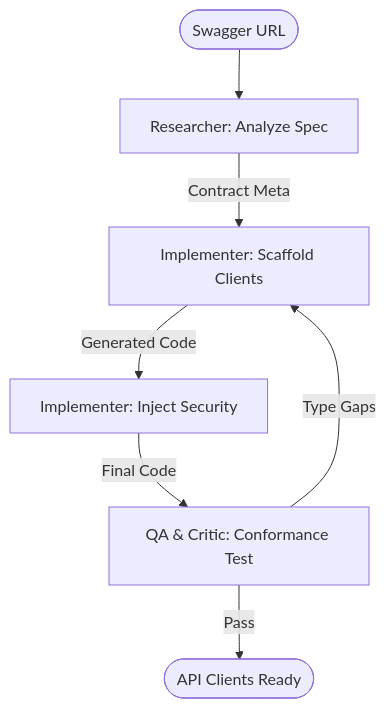
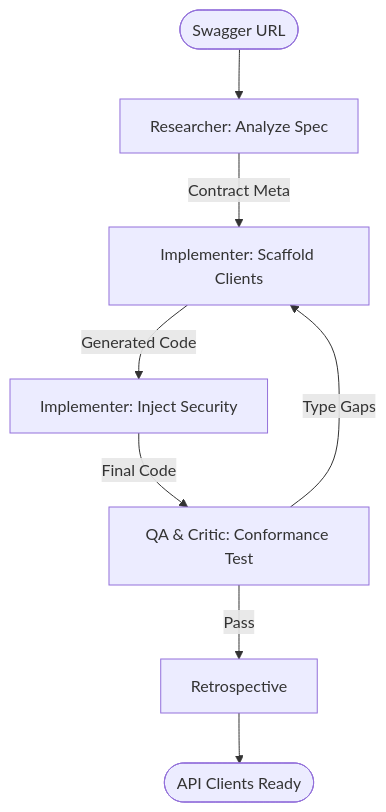
One commit to seanspiesman/Agents-and-Workflows changed the diagram in custom-agents/workflows/analysis/APIContractScaffold.workflow.md. Above: the diagram before and after it, drawn with Mermaid. The commit also changed other lines of this file and 38 other files, not shown here.

````diff
--- a/custom-agents/workflows/analysis/APIContractScaffold.workflow.md
+++ b/custom-agents/workflows/analysis/APIContractScaffold.workflow.md
@@ -55,9 +63,10 @@
 ```mermaid
 flowchart TD
     Start([Swagger URL]) --> P1[Researcher: Analyze Spec]
     P1 -->|Contract Meta| P2[Implementer: Scaffold Clients]
     P2 -->|Generated Code| P3[Implementer: Inject Security]
     P3 -->|Final Code| P4[QA & Critic: Conformance Test]
     P4 -->|Type Gaps| P2
-    P4 -->|Pass| End([API Clients Ready])
+    P4 -->|Pass| P5[Retrospective]
+    P5 --> End([API Clients Ready])
 ```
````
